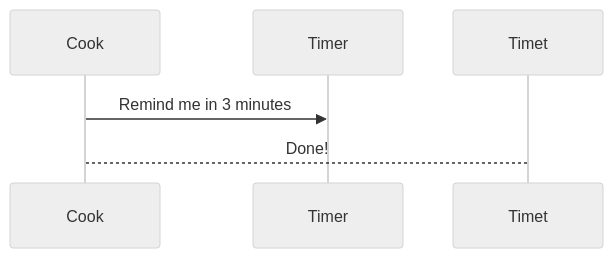
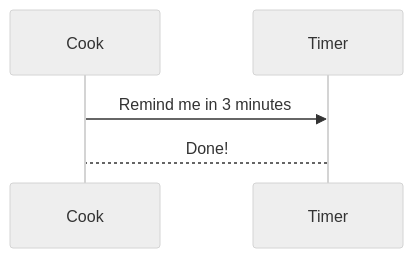
Before and after one commit to bunkean/My-Noteshub: the diagram in Tracking.md, drawn with Mermaid (neutral theme).

Commit message:
create/update 'Tracking.md' file

````diff
--- a/Tracking.md
+++ b/Tracking.md
@@ -2,9 +2,9 @@
 ```mermaid
 %%{init:{
 "sequence":{""}
 }}%%
 sequenceDiagram
 Cook ->> Timer : Remind me in 3 minutes
-Timet --> Cook : Done!
+Timer --> Cook : Done!
 
 ```
````
